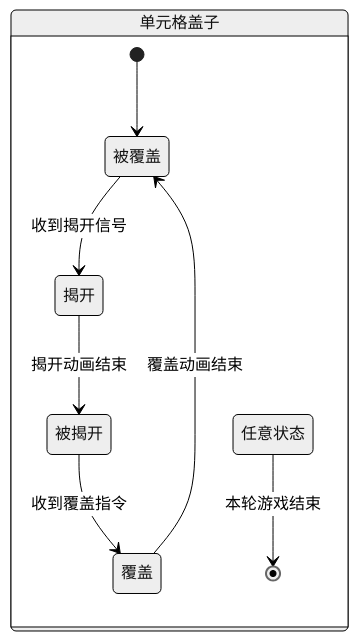
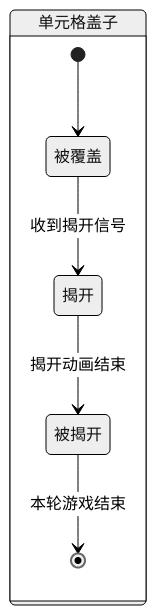
The third of 6 diagrams in README.md (SnekTech/mine-sweeper-rogue), drawn with Mermaid before and after one commit. The commit also changed other lines of this file and 24 other files, not shown here.

````diff
--- a/README.md
+++ b/README.md
@@ -100,18 +100,14 @@
 ```mermaid
 %%{init: {'theme':'neutral'}}%%
 stateDiagram-v2
     state 单元格盖子 {
         coveredIdle : 被覆盖
         revealedIdle : 被揭开
         reveal : 揭开
-        putCover : 覆盖
-        any: 任意状态
         
         [*] --> coveredIdle
         coveredIdle --> reveal : 收到揭开信号
         reveal --> revealedIdle : 揭开动画结束
-        revealedIdle --> putCover : 收到覆盖指令
-        putCover --> coveredIdle : 覆盖动画结束
-        any --> [*] : 本轮游戏结束
+        revealedIdle --> [*] : 本轮游戏结束
     }
 ```
````
